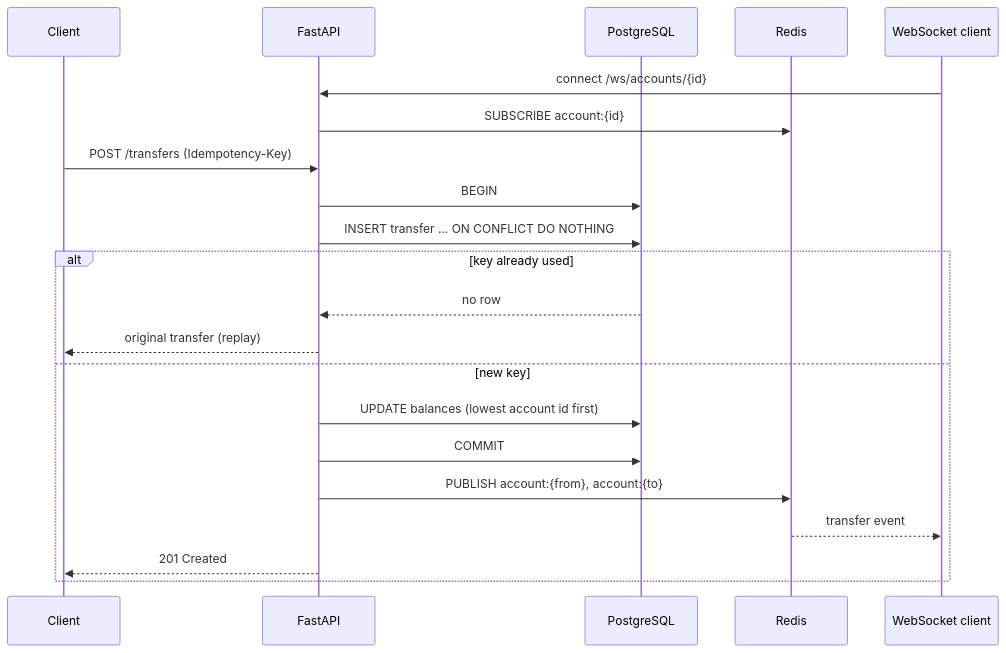
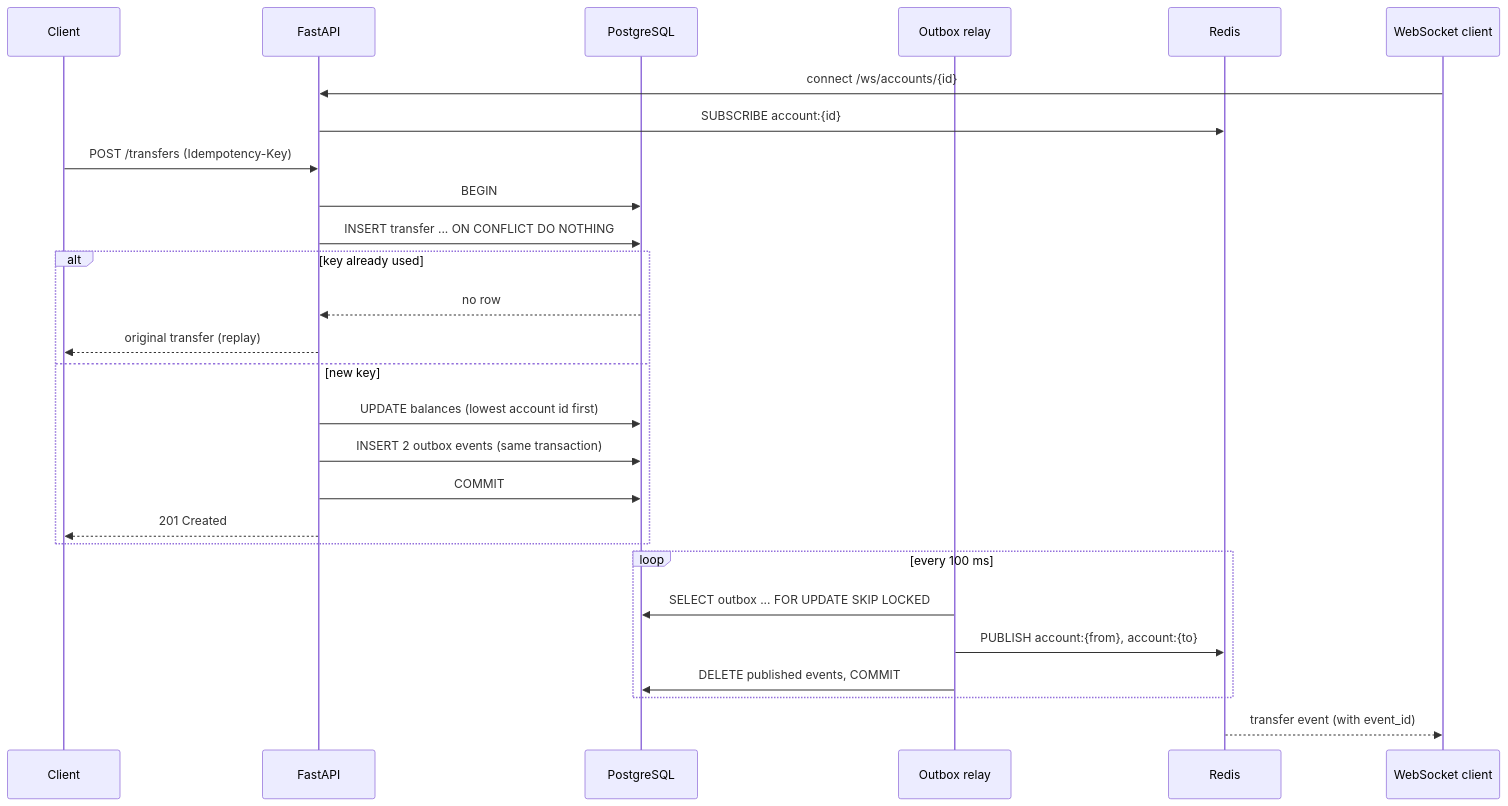
The diagram in README.md (amanuel1271/ledger-service), drawn with Mermaid before and after one commit. The commit also changed other lines of this file and 3 other files, not shown here.

First line of the commit message:
Transactional outbox: transfer events can't be lost

````diff
--- a/README.md
+++ b/README.md
@@ -19,24 +20,30 @@
 ```mermaid
 sequenceDiagram
     participant C as Client
     participant API as FastAPI
     participant PG as PostgreSQL
+    participant RL as Outbox relay
     participant R as Redis
     participant W as WebSocket client
 
     W->>API: connect /ws/accounts/{id}
     API->>R: SUBSCRIBE account:{id}
     C->>API: POST /transfers (Idempotency-Key)
     API->>PG: BEGIN
     API->>PG: INSERT transfer ... ON CONFLICT DO NOTHING
     alt key already used
         PG-->>API: no row
         API-->>C: original transfer (replay)
     else new key
         API->>PG: UPDATE balances (lowest account id first)
+        API->>PG: INSERT 2 outbox events (same transaction)
         API->>PG: COMMIT
-        API->>R: PUBLISH account:{from}, account:{to}
-        R-->>W: transfer event
         API-->>C: 201 Created
     end
+    loop every 100 ms
+        RL->>PG: SELECT outbox ... FOR UPDATE SKIP LOCKED
+        RL->>R: PUBLISH account:{from}, account:{to}
+        RL->>PG: DELETE published events, COMMIT
+    end
+    R-->>W: transfer event (with event_id)
 ```
````
